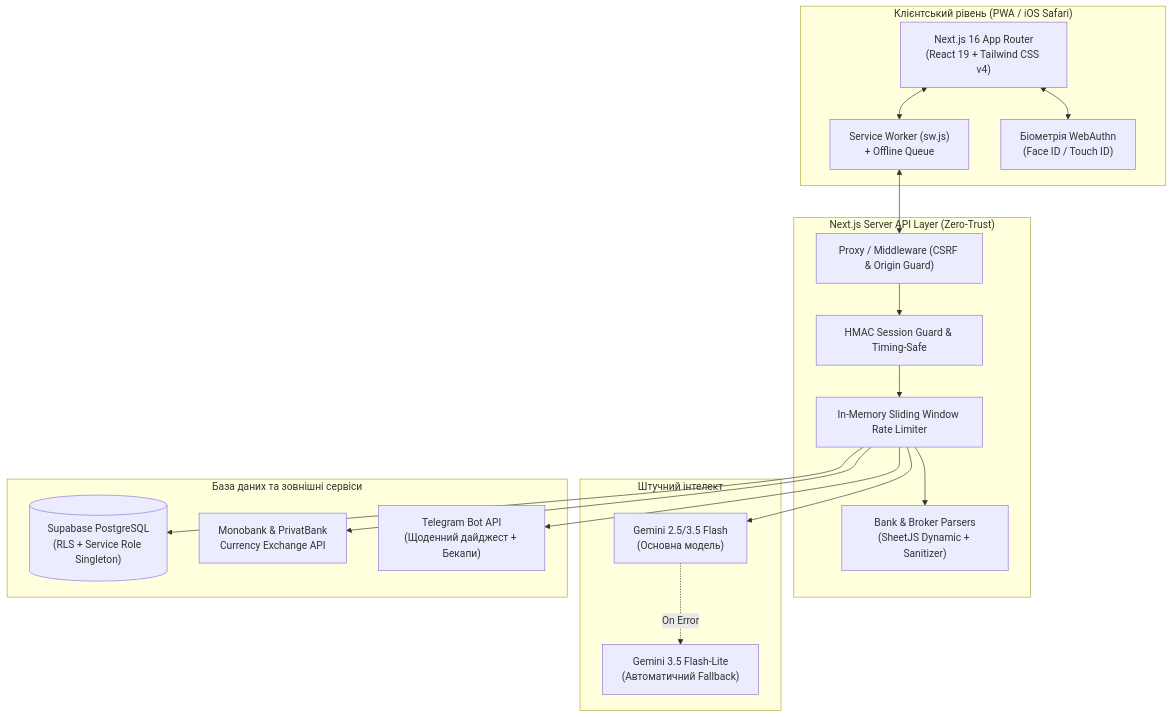
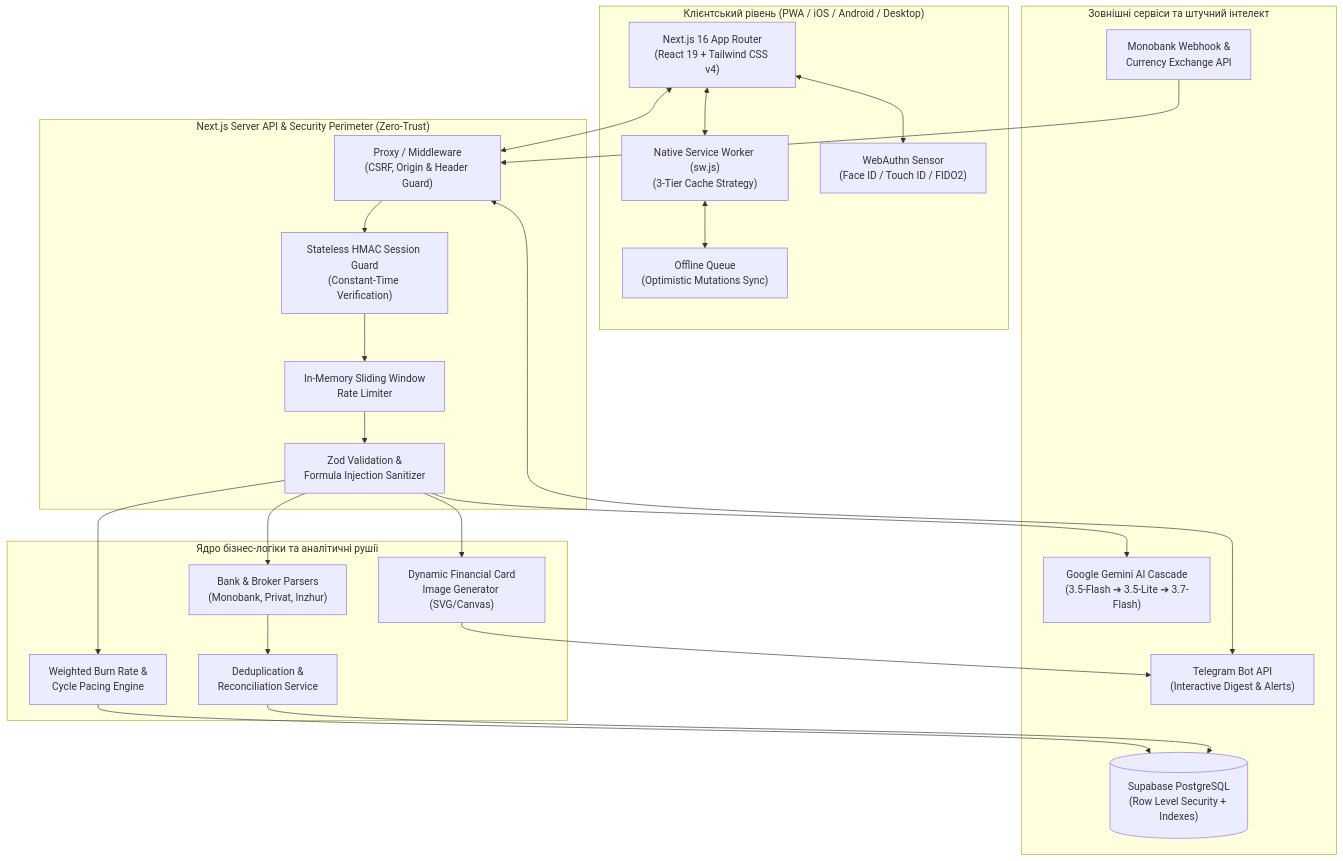
One commit to mindeclipse/Budget_graphAI changed the first of 3 diagrams in README.md. Above: the diagram before and after it, drawn with Mermaid. The commit also changed other lines of this file, not shown here.

Commit message:
docs: comprehensive production-grade README architecture & portfolio showcase

````diff
--- a/README.md
+++ b/README.md
@@ -84,38 +118,48 @@
 ```mermaid
 flowchart TD
-    subgraph Client ["Клієнтський рівень (PWA / iOS Safari)"]
+    subgraph ClientLayer ["Клієнтський рівень (PWA / iOS / Android / Desktop)"]
         UI["Next.js 16 App Router\n(React 19 + Tailwind CSS v4)"]
-        SW["Service Worker (sw.js)\n+ Offline Queue"]
-        AuthSensors["Біометрія WebAuthn\n(Face ID / Touch ID)"]
+        SW["Native Service Worker (sw.js)\n(3-Tier Cache Strategy)"]
+        OfflineQueue["Offline Queue\n(Optimistic Mutations Sync)"]
+        Biometrics["WebAuthn Sensor\n(Face ID / Touch ID / FIDO2)"]
     end
 
-    subgraph Edge ["Next.js Server API Layer (Zero-Trust)"]
-        Proxy["Proxy / Middleware (CSRF & Origin Guard)"]
-        SessionGuard["HMAC Session Guard & Timing-Safe"]
-        RateLimiter["In-Memory Sliding Window Rate Limiter"]
-        Parsers["Bank & Broker Parsers\n(SheetJS Dynamic + Sanitizer)"]
+    subgraph SecurityBoundary ["Next.js Server API & Security Perimeter (Zero-Trust)"]
+        Proxy["Proxy / Middleware\n(CSRF, Origin & Header Guard)"]
+        HMACGuard["Stateless HMAC Session Guard\n(Constant-Time Verification)"]
+        RateLimiter["In-Memory Sliding Window\nRate Limiter"]
+        InputSanitizer["Zod Validation &\nFormula Injection Sanitizer"]
     end
 
-    subgraph AI ["Штучний інтелект"]
-        GeminiFlash["Gemini 2.5/3.5 Flash\n(Основна модель)"]
-        GeminiLite["Gemini 3.5 Flash-Lite\n(Автоматичний Fallback)"]
+    subgraph ProcessingEngines ["Ядро бізнес-логіки та аналітичні рушії"]
+        PacingEngine["Weighted Burn Rate &\nCycle Pacing Engine"]
+        StatementParsers["Bank & Broker Parsers\n(Monobank, Privat, Inzhur)"]
+        Reconciler["Deduplication &\nReconciliation Service"]
+        CanvasGen["Dynamic Financial Card\nImage Generator (SVG/Canvas)"]
     end
 
-    subgraph Data ["База даних та зовнішні сервіси"]
-        Supabase[("Supabase PostgreSQL\n(RLS + Service Role Singleton)")]
-        BankAPI["Monobank & PrivatBank\nCurrency Exchange API"]
-        Telegram["Telegram Bot API\n(Щоденний дайджест + Бекапи)"]
+    subgraph ExternalEcosystem ["Зовнішні сервіси та штучний інтелект"]
+        GeminiCascade["Google Gemini AI Cascade\n(3.5-Flash ➔ 3.5-Lite ➔ 3.7-Flash)"]
+        SupabaseDB[("Supabase PostgreSQL\n(Row Level Security + Indexes)")]
+        MonobankAPI["Monobank Webhook &\nCurrency Exchange API"]
+        TelegramAPI["Telegram Bot API\n(Interactive Digest & Alerts)"]
     end
 
     UI <--> SW
-    UI <--> AuthSensors
-    SW <--> Proxy
-    Proxy --> SessionGuard
-    SessionGuard --> RateLimiter
-    RateLimiter --> Parsers
-    RateLimiter --> GeminiFlash
-    GeminiFlash -.->|On Error| GeminiLite
-    RateLimiter --> Supabase
-    RateLimiter --> BankAPI
-    RateLimiter --> Telegram
+    SW <--> OfflineQueue
+    UI <--> Biometrics
+    UI <--> Proxy
+    Proxy --> HMACGuard
+    HMACGuard --> RateLimiter
+    RateLimiter --> InputSanitizer
+    InputSanitizer --> PacingEngine
+    InputSanitizer --> StatementParsers
+    StatementParsers --> Reconciler
+    Reconciler --> SupabaseDB
+    PacingEngine --> SupabaseDB
+    InputSanitizer --> GeminiCascade
+    InputSanitizer --> CanvasGen
+    CanvasGen --> TelegramAPI
+    MonobankAPI --> Proxy
+    TelegramAPI <--> Proxy
 ```
````
